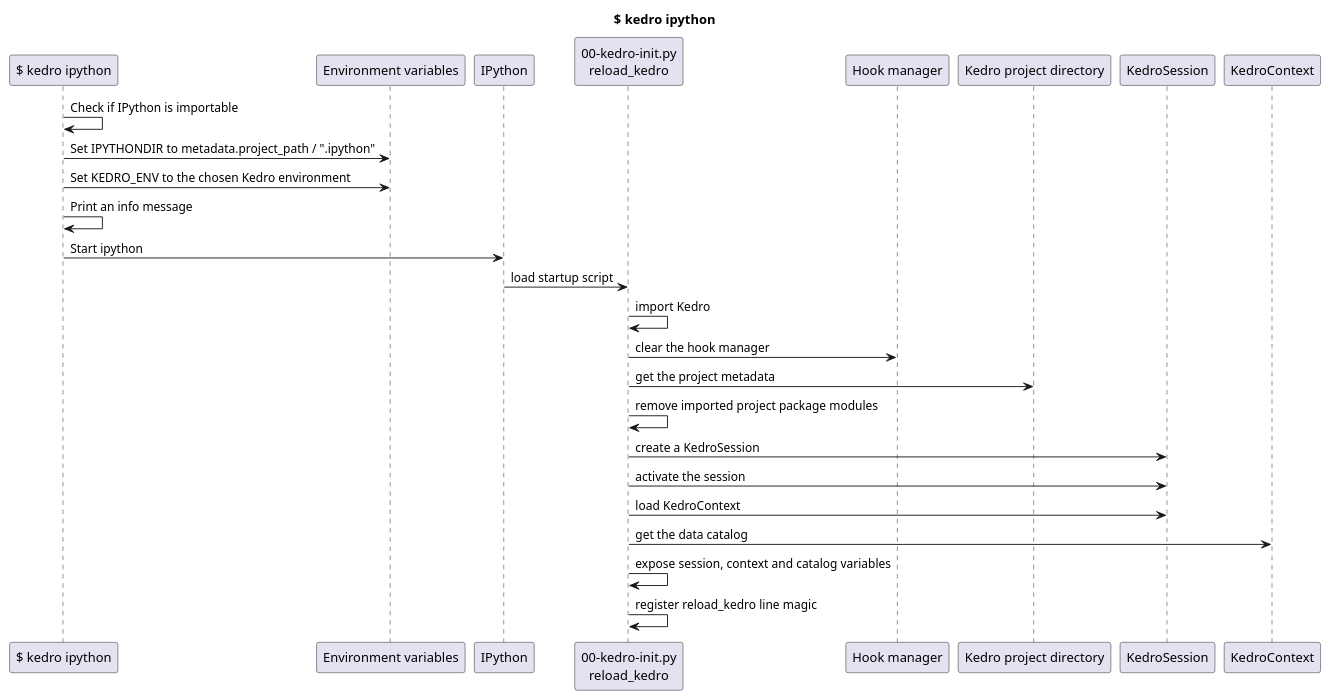
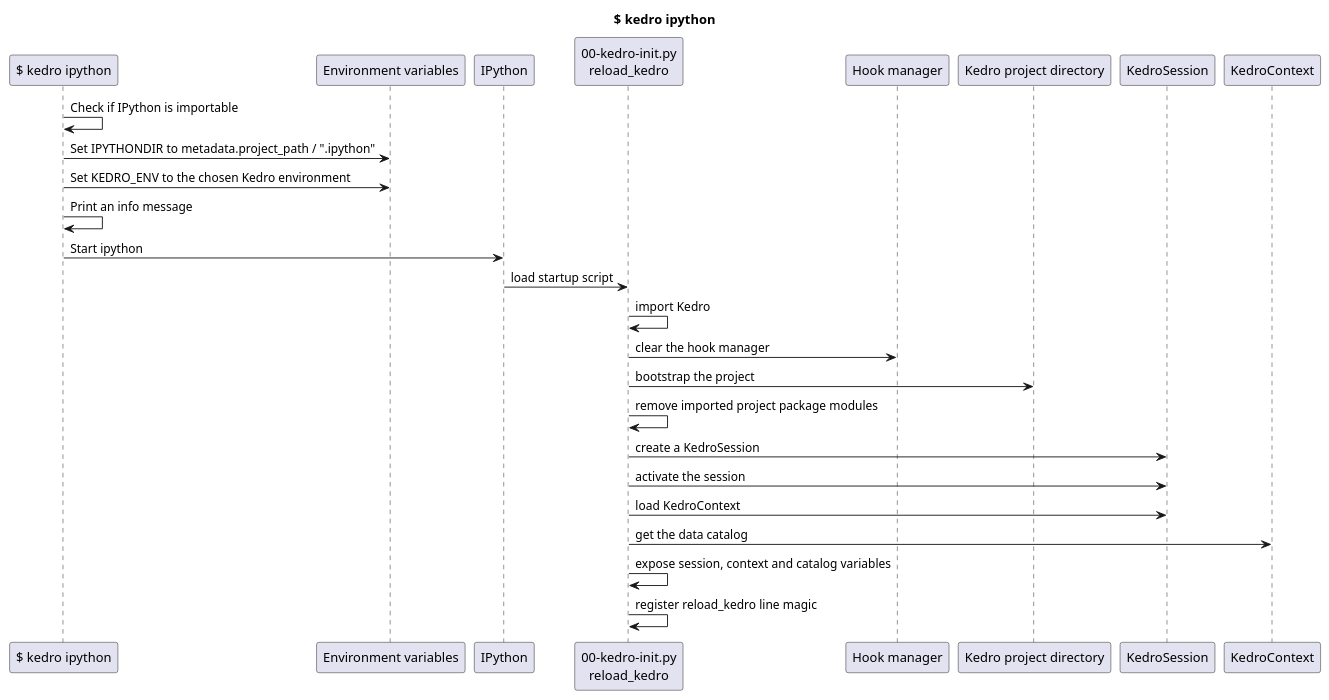
Before and after one commit to kedro-org/kedro: the diagram in docs/draft/kedro-ipython.puml, drawn with PlantUML. The commit also changed 18 other files, not shown here.

```diff
--- a/docs/draft/kedro-ipython.puml
+++ b/docs/draft/kedro-ipython.puml
@@ -1,29 +1,29 @@
 @startuml
 title "$ kedro ipython"
 
 participant "$ kedro ipython" as cli
 participant "Environment variables" as env
 participant "IPython" as ipython
 participant "00-kedro-init.py\nreload_kedro" as entrypoint
 participant "Hook manager" as hook_manager
 participant "Kedro project directory" as project
 participant "KedroSession" as session
 participant "KedroContext" as context
 
 cli->cli: Check if IPython is importable
 cli->env: Set IPYTHONDIR to metadata.project_path / ".ipython"
 cli->env: Set KEDRO_ENV to the chosen Kedro environment
 cli->cli: Print an info message
 cli->ipython: Start ipython
 ipython->entrypoint: load startup script
 entrypoint->entrypoint: import Kedro
 entrypoint->hook_manager: clear the hook manager
-entrypoint->project: get the project metadata
+entrypoint->project: bootstrap the project
 entrypoint->entrypoint: remove imported project package modules
 entrypoint->session: create a KedroSession
 entrypoint->session: activate the session
 entrypoint->session: load KedroContext
 entrypoint->context: get the data catalog
 entrypoint->entrypoint: expose session, context and catalog variables
 entrypoint->entrypoint: register reload_kedro line magic
 @enduml
```
